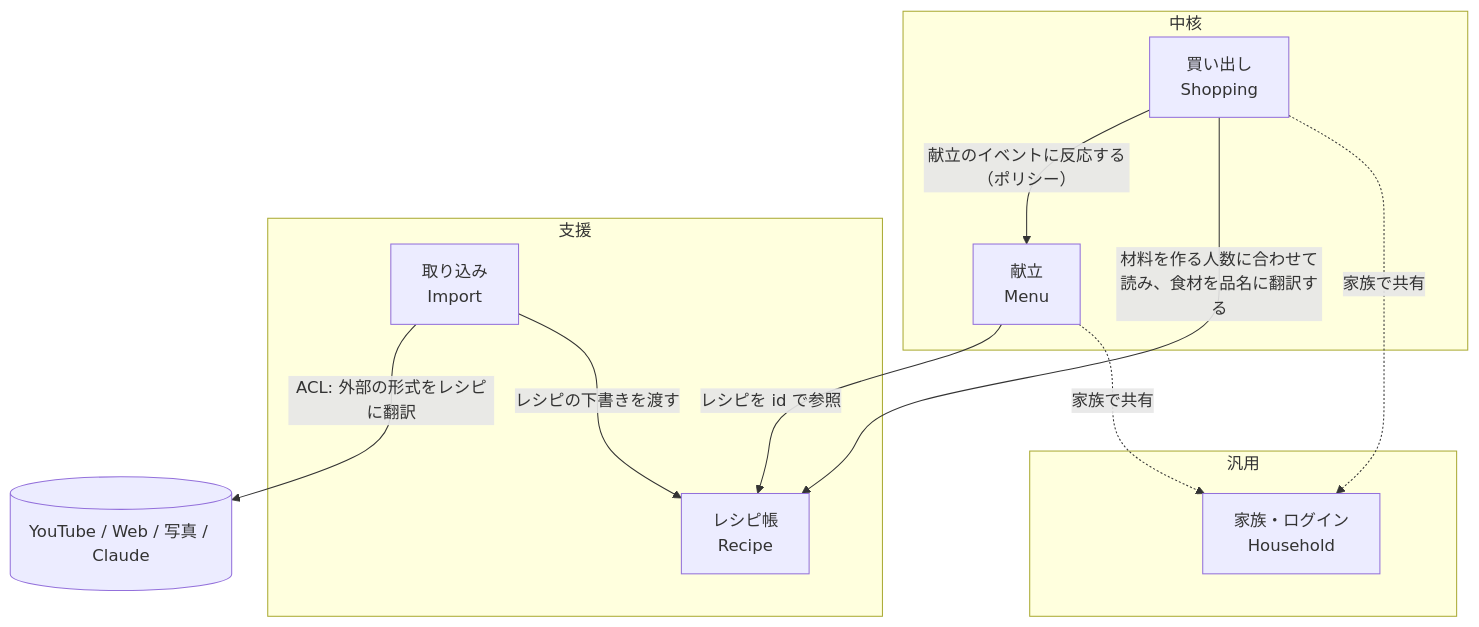
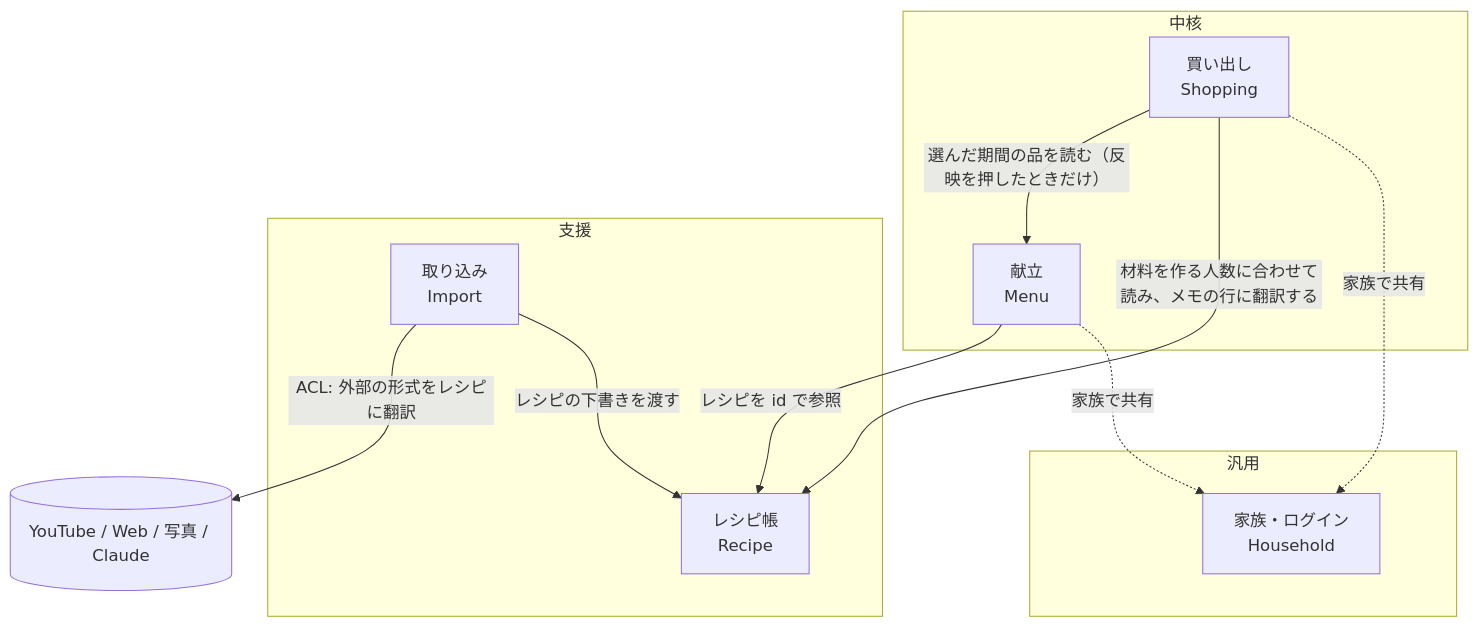
Before and after one commit to masaya722/cook-share: the diagram in docs/domain/context-map.md, drawn with Mermaid. The commit also changed other lines of this file and 25 other files, not shown here.

````diff
--- a/docs/domain/context-map.md
+++ b/docs/domain/context-map.md
@@ -5,23 +5,23 @@
 ```mermaid
 flowchart TB
   subgraph Core[中核]
     Menu[献立<br/>Menu]
     Shopping[買い出し<br/>Shopping]
   end
   subgraph Supporting[支援]
     Recipe[レシピ帳<br/>Recipe]
     Import[取り込み<br/>Import]
   end
   subgraph Generic[汎用]
     Household[家族・ログイン<br/>Household]
   end
   External[(YouTube / Web / 写真 / Claude)]
 
   Import -- ACL: 外部の形式をレシピに翻訳 --> External
   Import -- レシピの下書きを渡す --> Recipe
   Menu -- レシピを id で参照 --> Recipe
-  Shopping -- 献立のイベントに反応する（ポリシー） --> Menu
-  Shopping -- 材料を作る人数に合わせて読み、食材を品名に翻訳する --> Recipe
+  Shopping -- 選んだ期間の品を読む（反映を押したときだけ） --> Menu
+  Shopping -- 材料を作る人数に合わせて読み、メモの行に翻訳する --> Recipe
   Shopping -. 家族で共有 .-> Household
   Menu -. 家族で共有 .-> Household
 ```
````
